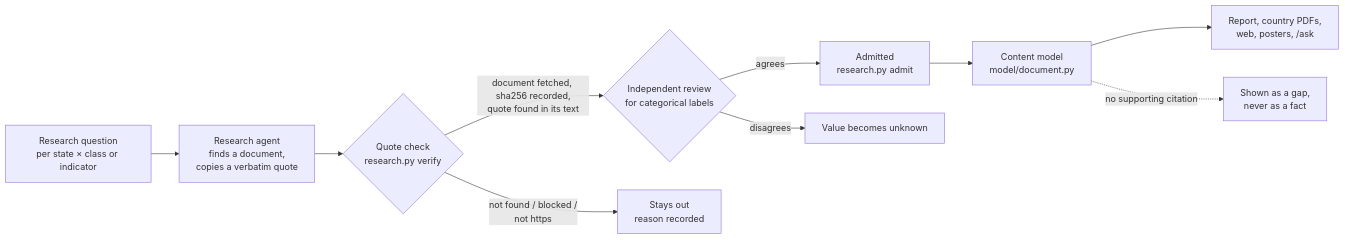
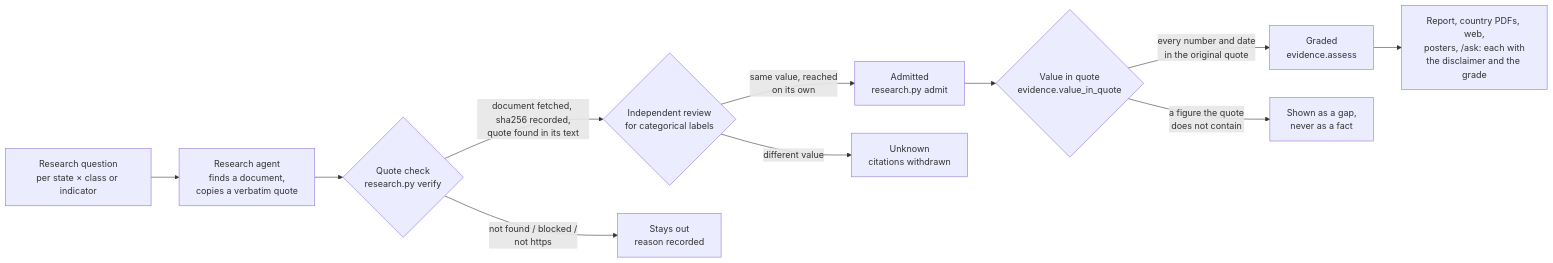
One commit to EU27-data-sovereignty/eu27-data-sovereignty changed the diagram in METHOD.md. Above: the diagram before and after it, drawn with Mermaid. The commit also changed other lines of this file and 51 other files, not shown here.

First line of the commit message:
Enforce review agreement, grade every fact by its checks, and chart the evidence (#82)

````diff
--- a/METHOD.md
+++ b/METHOD.md
@@ -14,12 +22,13 @@
 ```mermaid
 flowchart LR
   Q[Research question<br/>per state × class or indicator] --> A[Research agent<br/>finds a document,<br/>copies a verbatim quote]
   A --> V{Quote check<br/>research.py verify}
   V -- "document fetched, sha256 recorded,<br/>quote found in its text" --> R{Independent review<br/>for categorical labels}
   V -- "not found / blocked /<br/>not https" --> X1[Stays out<br/>reason recorded]
-  R -- agrees --> AD[Admitted<br/>research.py admit]
-  R -- disagrees --> X2[Value becomes unknown]
-  AD --> CM[Content model<br/>model/document.py]
-  CM --> OUT[Report, country PDFs,<br/>web, posters, /ask]
-  CM -. no supporting citation .-> GAP[Shown as a gap,<br/>never as a fact]
+  R -- "same value, reached<br/>on its own" --> AD[Admitted<br/>research.py admit]
+  R -- "different value" --> X2[Unknown<br/>citations withdrawn]
+  AD --> VQ{Value in quote<br/>evidence.value_in_quote}
+  VQ -- "every number and date<br/>in the original quote" --> G[Graded<br/>evidence.assess]
+  VQ -- "a figure the quote<br/>does not contain" --> GAP[Shown as a gap,<br/>never as a fact]
+  G --> OUT[Report, country PDFs, web,<br/>posters, /ask: each with<br/>the disclaimer and the grade]
 ```
````
